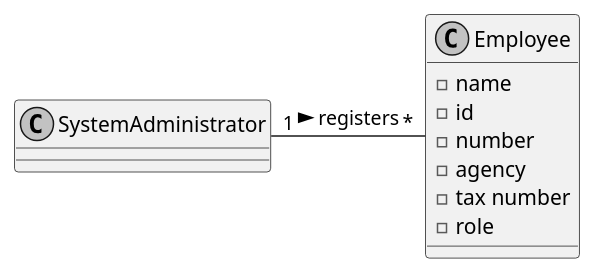
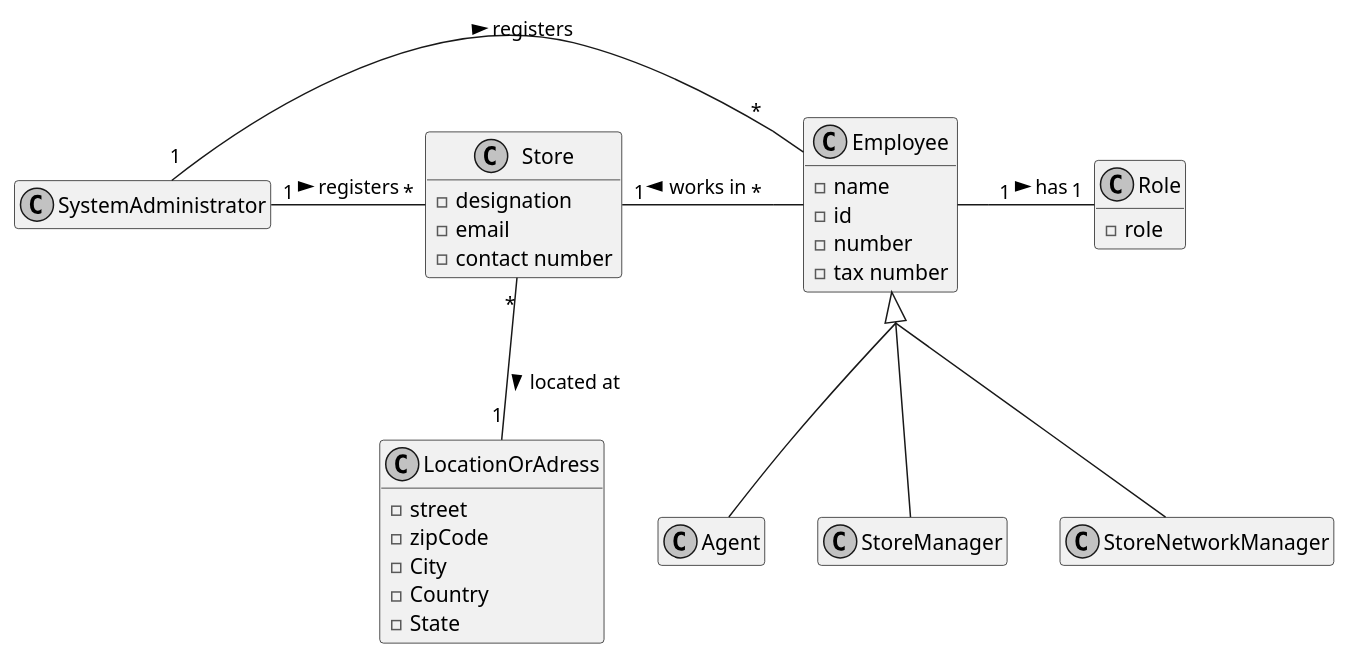
Before and after one commit to PureNimble/ISEP-LAPR2: the diagram in docs/sprintA/US03/02.analysis/puml/us03-domain-model.puml, drawn with PlantUML. The commit also changed 3 other files, not shown here.

```diff
--- a/docs/sprintA/US03/02.analysis/puml/us03-domain-model.puml
+++ b/docs/sprintA/US03/02.analysis/puml/us03-domain-model.puml
@@ -1,26 +1,74 @@
 @startuml
 'https://plantuml.com/class-diagram
 
 skinparam monochrome true
 skinparam packageStyle rectangle
 skinparam shadowing false
+hide empty members
+skinparam groupInheritance 3
 
 class SystemAdministrator
 
 class Employee
+
+class Role
+
+class SystemAdministrator
+
+class Agent
+
+class StoreManager
+
+class StoreNetworkManager
+
+class Store
+
+class LocationOrAdress
+
+class Role{
+-role
+}
+
+class Store{
+-designation
+-email
+-contact number
+}
+
+class LocationOrAdress{
+-street
+-zipCode
+-City
+-Country
+-State
+}
 
 class SystemAdministrator{
 }
 
 class Employee{
 -name
 -id
 -number
--agency
 -tax number
--role
 }
 
-SystemAdministrator "1" - "*" Employee: registers >
+SystemAdministrator "1" - "*" Store : registers >
+
+Store "*" -- "1" LocationOrAdress : located at >
+
+Store "1" - "*" Employee : works in <
+
+SystemAdministrator "1" - "*" Employee : registers >
+
+Employee "1" - "1" Role : has >
+
+Employee <|--  StoreNetworkManager
+
+Employee <|--  StoreManager
+
+Employee <|-- Agent
+
+
 
 @enduml
```
